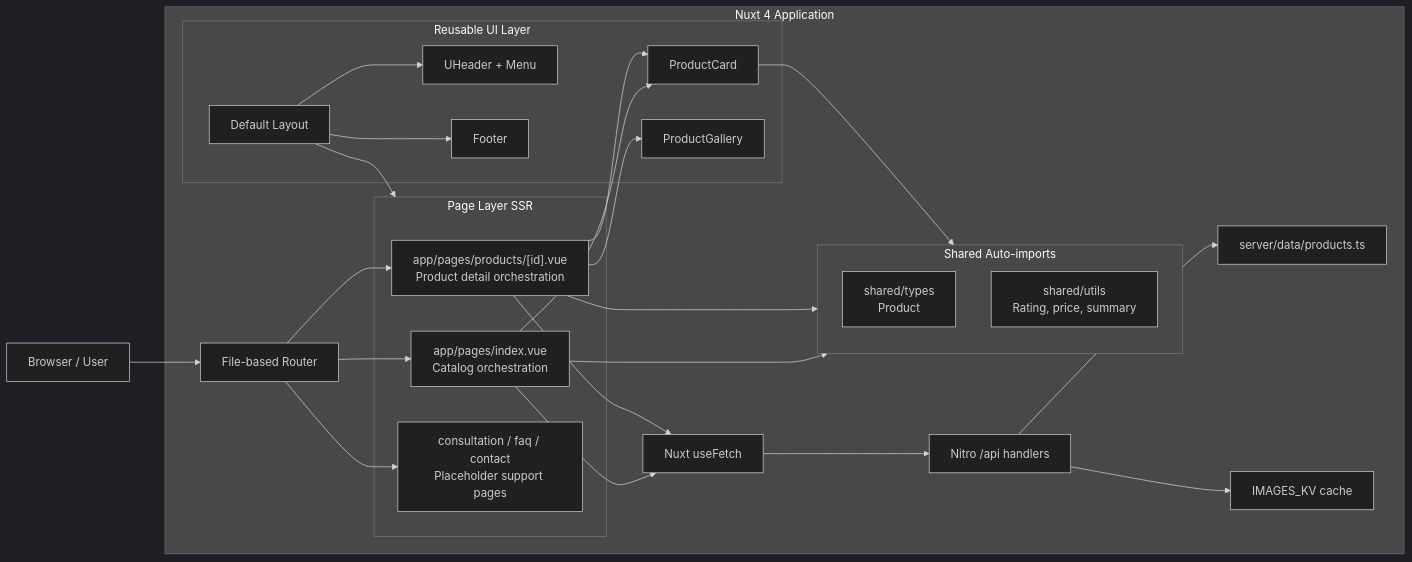
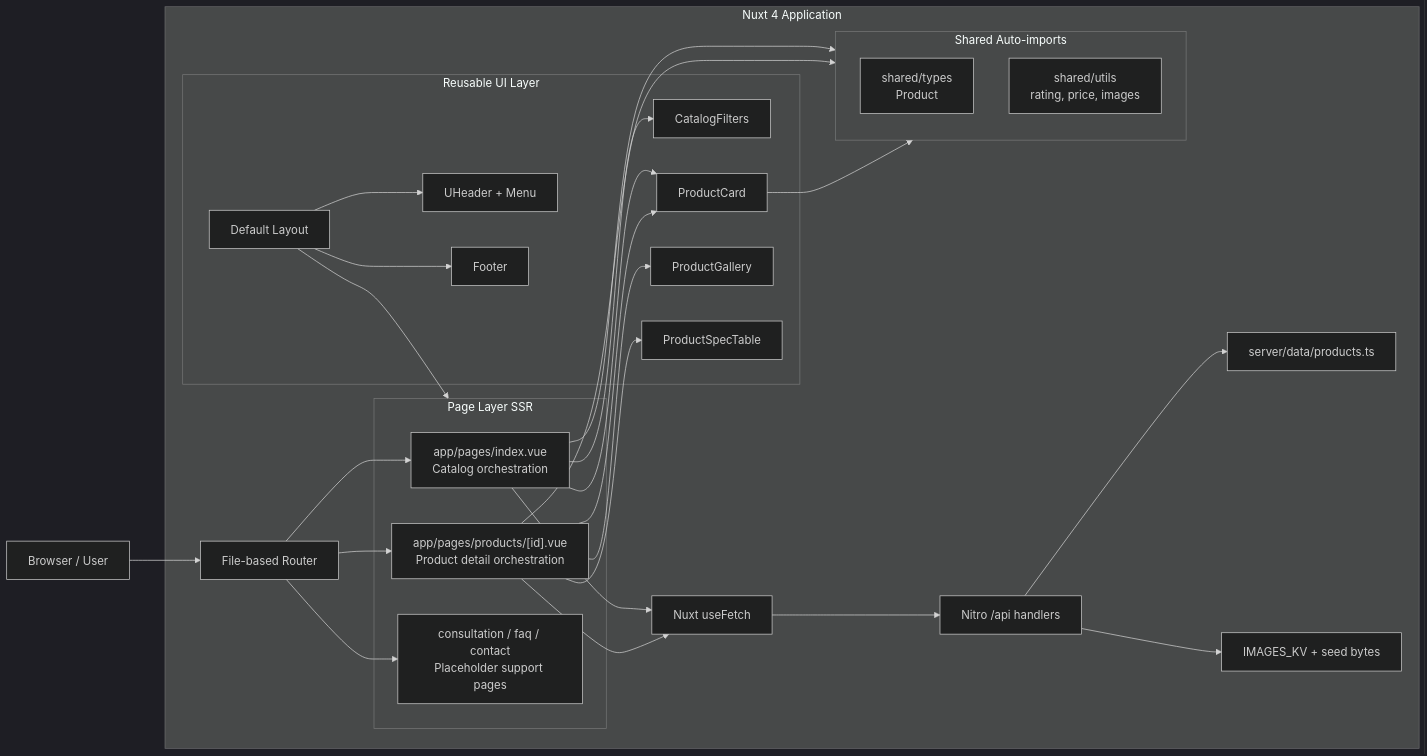
The first of 5 diagrams in README.md (mohetios/nuxt-commerce-demo), drawn with Mermaid (dark theme) before and after one commit. The commit also changed other lines of this file, not shown here.

````diff
--- a/README.md
+++ b/README.md
@@ -132,55 +135,59 @@
 ```mermaid
 flowchart LR
     User[Browser / User]
 
     subgraph Nuxt[Nuxt 4 Application]
         Router[File-based Router]
 
         subgraph Pages[Page Layer SSR]
             Catalog["app/pages/index.vue\nCatalog orchestration"]
             Detail["app/pages/products/[id].vue\nProduct detail orchestration"]
             Support["consultation / faq / contact\nPlaceholder support pages"]
         end
 
         subgraph UI[Reusable UI Layer]
             Layout[Default Layout]
             Header[UHeader + Menu]
+            Filters[CatalogFilters]
             ProductCard[ProductCard]
             Gallery[ProductGallery]
+            Specs[ProductSpecTable]
             Footer[Footer]
         end
 
         subgraph Domain[Shared Auto-imports]
             Types["shared/types\nProduct"]
-            Helpers["shared/utils\nRating, price, summary"]
+            Helpers["shared/utils\nrating, price, images"]
         end
 
         Fetch[Nuxt useFetch]
         Nitro[Nitro /api handlers]
         DataPack[server/data/products.ts]
-        ImageKV[IMAGES_KV cache]
+        ImageKV[IMAGES_KV + seed bytes]
     end
 
     User --> Router
     Router --> Catalog
     Router --> Detail
     Router --> Support
 
+    Catalog --> Filters
     Catalog --> ProductCard
     Detail --> Gallery
+    Detail --> Specs
     Detail --> ProductCard
 
     Layout --> Header
     Layout --> Footer
     Layout --> Pages
 
     Catalog --> Domain
     Detail --> Domain
     ProductCard --> Domain
 
     Catalog --> Fetch
     Detail --> Fetch
     Fetch --> Nitro
     Nitro --> DataPack
     Nitro --> ImageKV
 ```
````
